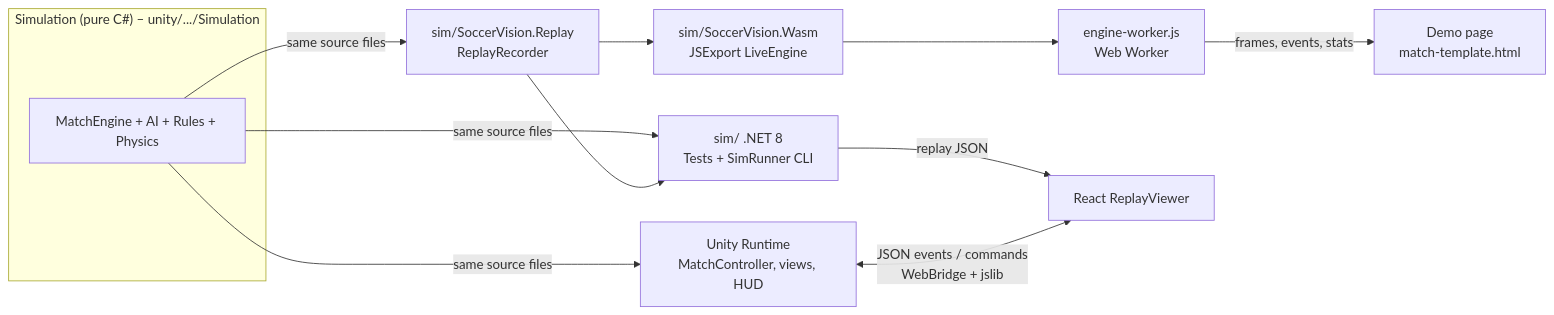
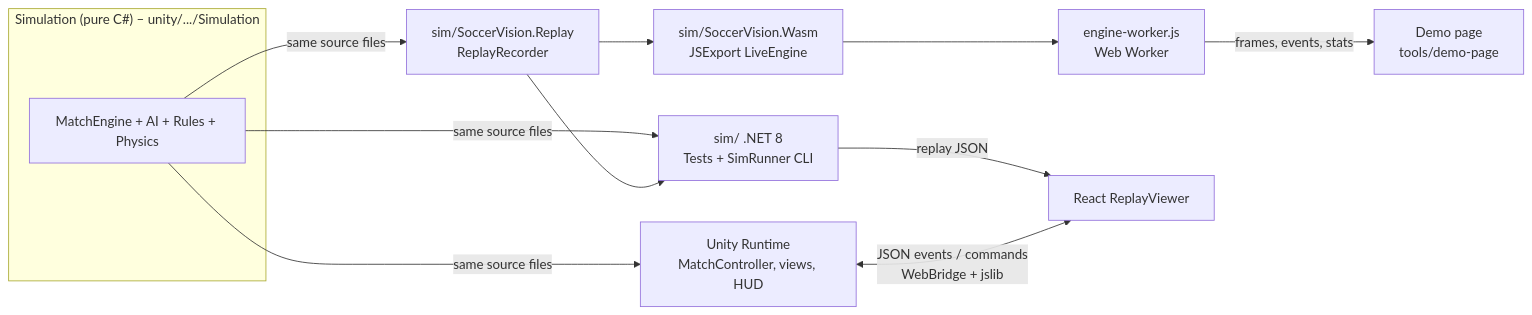
One commit to mor101090/SccerVisionClaudeTest changed the diagram in TECHNICAL_OVERVIEW.md. Above: the diagram before and after it, drawn with Mermaid. The commit also changed other lines of this file and 39 other files, not shown here.

First line of the commit message:
Demo page in parts (template + css/ + js/ by topic, built back together; identical output); docs brought up to date

````diff
--- a/TECHNICAL_OVERVIEW.md
+++ b/TECHNICAL_OVERVIEW.md
@@ -42,15 +42,15 @@
 ```mermaid
 flowchart LR
     subgraph Engine["Simulation (pure C#) – unity/.../Simulation"]
         ME[MatchEngine + AI + Rules + Physics]
     end
     ME -->|same source files| UNITY[Unity Runtime<br/>MatchController, views, HUD]
     ME -->|same source files| SIM[sim/ .NET 8<br/>Tests + SimRunner CLI]
     ME -->|same source files| REC[sim/SoccerVision.Replay<br/>ReplayRecorder]
     REC --> WASM[sim/SoccerVision.Wasm<br/>JSExport LiveEngine]
     WASM --> WORKER[engine-worker.js<br/>Web Worker]
-    WORKER -->|frames, events, stats| DEMO[Demo page<br/>match-template.html]
+    WORKER -->|frames, events, stats| DEMO[Demo page<br/>tools/demo-page]
     REC --> SIM
     SIM -->|replay JSON| REACT[React ReplayViewer]
     UNITY <-->|JSON events / commands<br/>WebBridge + jslib| REACT
 ```
````
